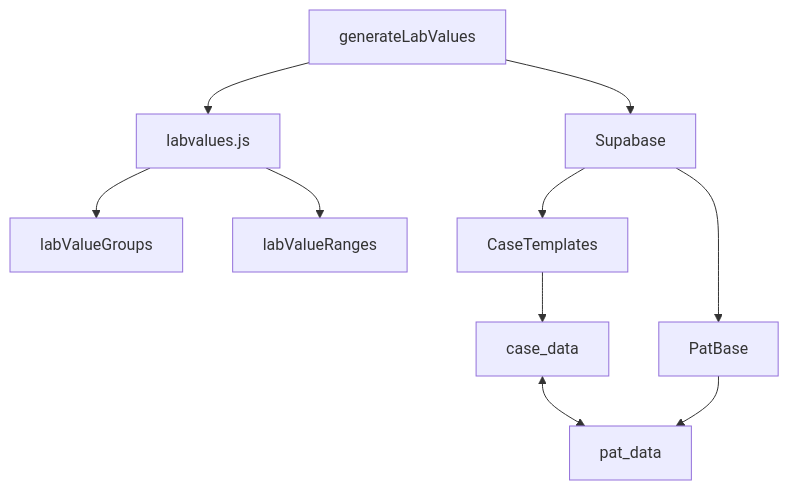
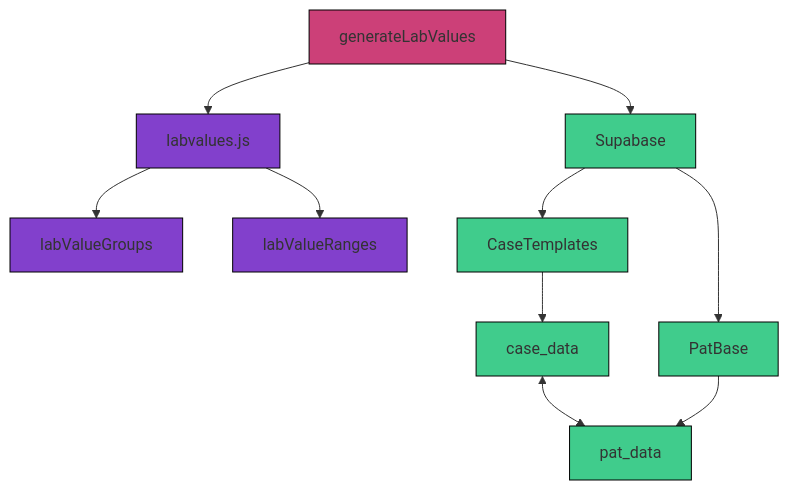
One commit to jan-cieslik/clinicedge_docs changed the second of 5 diagrams in docs/Database_Structure/3_4_1_logic_server.md. Above: the diagram before and after it, drawn with Mermaid. The commit also changed other lines of this file and 8 other files, not shown here.

````diff
--- a/docs/Database_Structure/3_4_1_logic_server.md
+++ b/docs/Database_Structure/3_4_1_logic_server.md
@@ -42,9 +47,14 @@
 ```mermaid
 flowchart TD
-    A["generateLabValues"] --> B["labvalues.js"] & H["Supabase"]
-    H --> E["CaseTemplates"] & F["PatBase"]
-    E --> G["case_data"]
-    G <--> I["pat_data"]
+    A["generateLabValues"]:::logic --> B["labvalues.js"]:::reference & H["Supabase"]:::supabase
+    H --> E["CaseTemplates"]:::supabase & F["PatBase"]:::supabase
+    E --> G["case_data"]:::supabase
+    G <--> I["pat_data"]:::supabase
     F --> I
-    B --> C["labValueGroups"] & D["labValueRanges"]
+    B --> C["labValueGroups"]:::reference & D["labValueRanges"]:::reference
+  
+classDef supabase fill:#40cc8c,stroke:#000000,stroke-width:1px;
+classDef UI fill:#30acac,stroke:#000000,stroke-width:1px;
+classDef logic fill:#cc4078,stroke:#000000,stroke-width:1px;
+classDef reference fill:#8240cc,stroke:#000000,stroke-width:1px;
 ```
````
